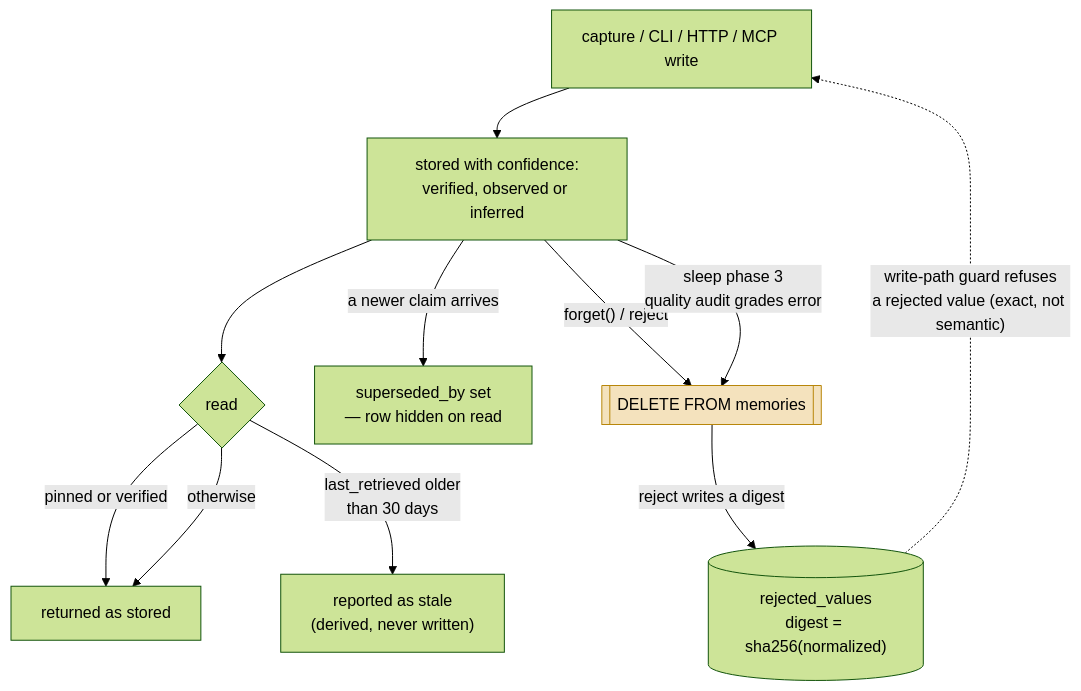
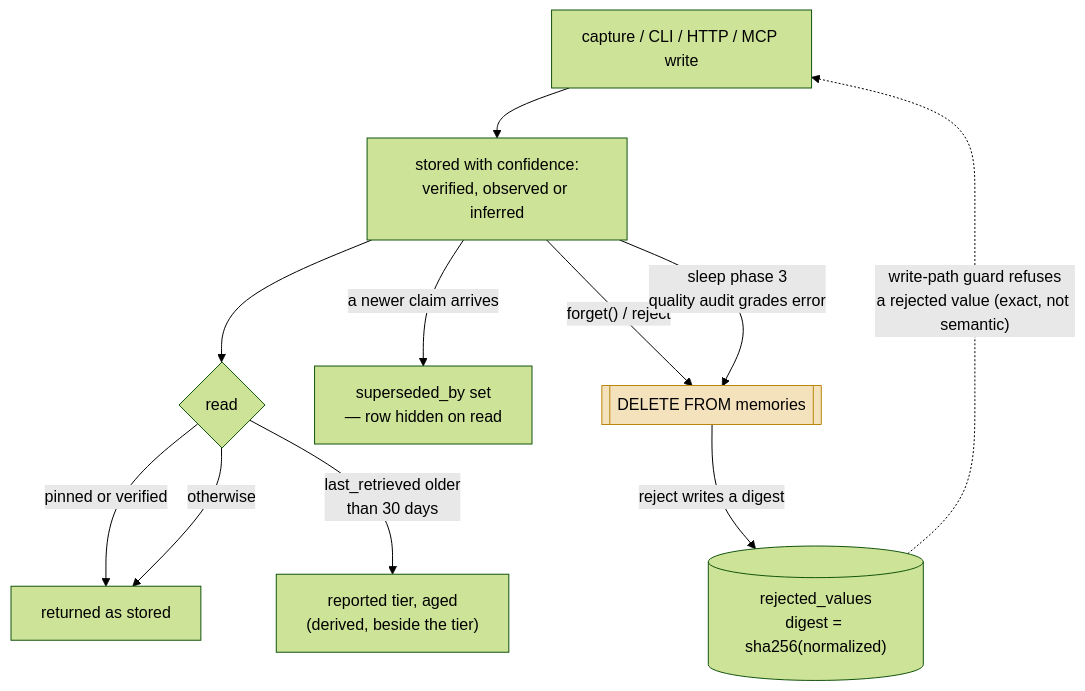
Before and after one commit to neoneye/agent-memory-atlas: the diagram in content/systems/hippo-memory.md, drawn with Mermaid (forest theme). The commit also changed other lines of this file and 8 other files, not shown here.

````diff
--- a/content/systems/hippo-memory.md
+++ b/content/systems/hippo-memory.md
@@ -121,16 +134,16 @@
 ```mermaid
 %% caption: rejection deletes the row and writes a SHA-256 digest of the normalized value that the write path then refuses — an exact-match tombstone, not a semantic one
 flowchart TD
     C["capture / CLI / HTTP / MCP write"] --> S["stored with confidence:<br/>verified, observed or inferred"]
     S --> R{"read"}
     R -->|"pinned or verified"| K["returned as stored"]
-    R -->|"last_retrieved older<br/>than 30 days"| ST["reported as stale<br/>(derived, never written)"]
+    R -->|"last_retrieved older<br/>than 30 days"| ST["reported tier, aged<br/>(derived, beside the tier)"]
     R -->|"otherwise"| K
     S -->|"a newer claim arrives"| SU["superseded_by set<br/>— row hidden on read"]
     S -->|"forget() / reject"| D[["DELETE FROM memories"]]
     D -->|"reject writes a digest"| T[("rejected_values<br/>digest = sha256(normalized)")]
     T -.->|"write-path guard refuses<br/>a rejected value (exact, not semantic)"| C
     S -->|"sleep phase 3<br/>quality audit grades error"| D
 
     style D fill:#f4e2bd,stroke:#b8860b
 ```
````
